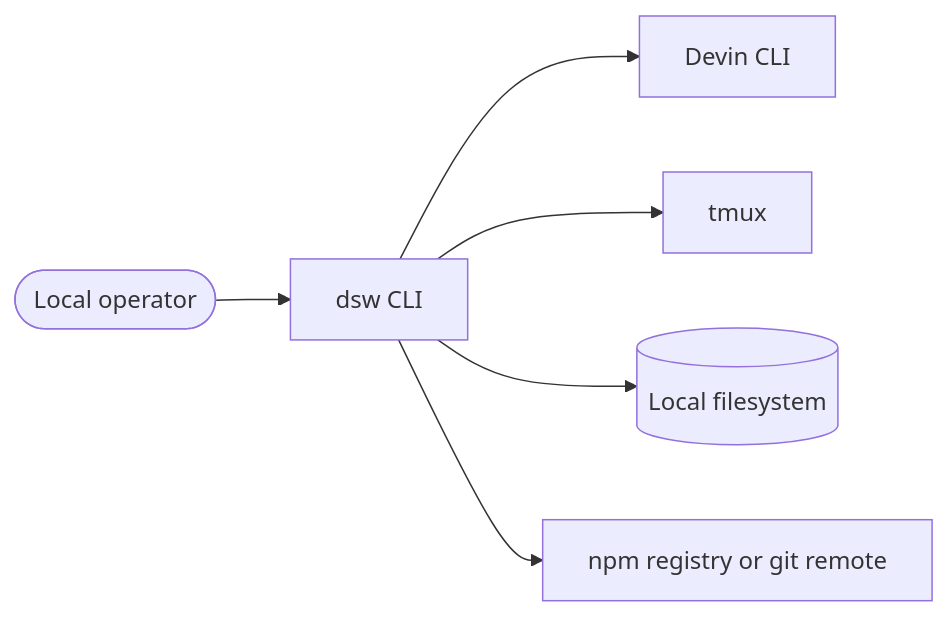
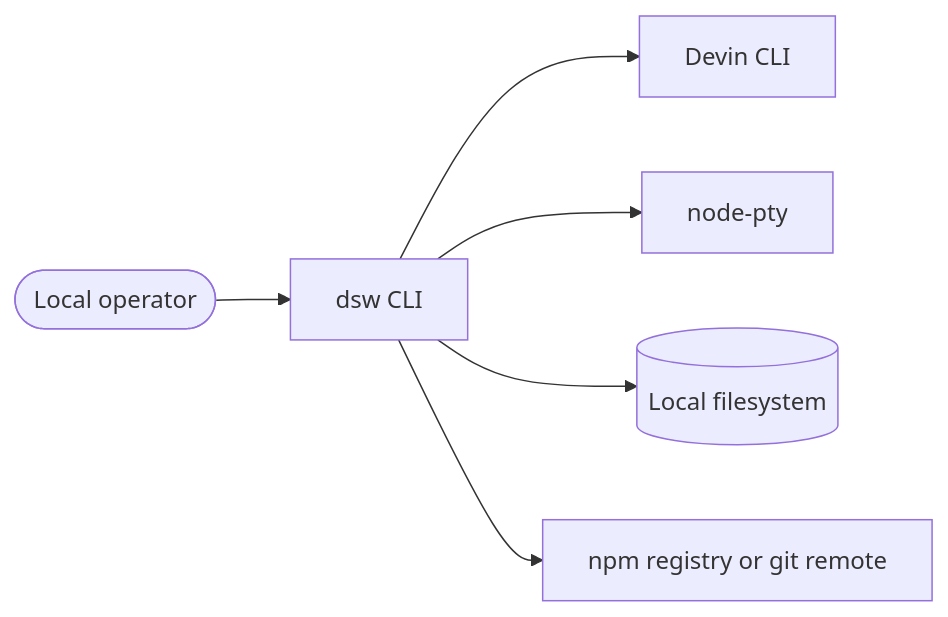
The first of 6 diagrams in docs/ARCHITECTURE.md (itsddvn/dws), drawn with Mermaid before and after one commit. The commit also changed other lines of this file and 46 other files, not shown here.

First line of the commit message:
feat(cli): add node-pty auto rotate

````diff
--- a/docs/ARCHITECTURE.md
+++ b/docs/ARCHITECTURE.md
@@ -23,14 +23,14 @@
 ```mermaid
 flowchart LR
     operator([Local operator])
     dsw[dsw CLI]
     devin[Devin CLI]
-    tmux[tmux]
+    node-pty[node-pty]
     fs[(Local filesystem)]
     npm[npm registry or git remote]
     operator --> dsw
     dsw --> devin
-    dsw --> tmux
+    dsw --> node-pty
     dsw --> fs
     dsw --> npm
 ```
````
